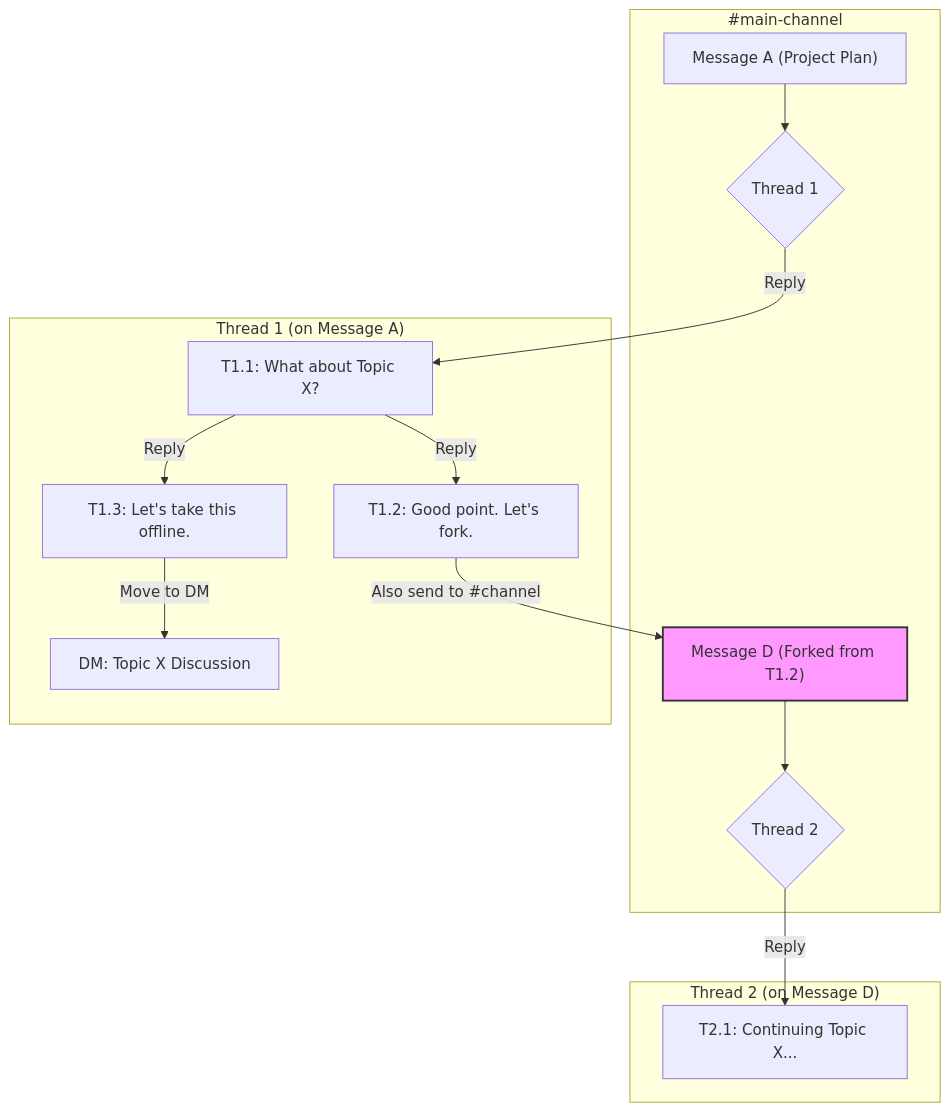
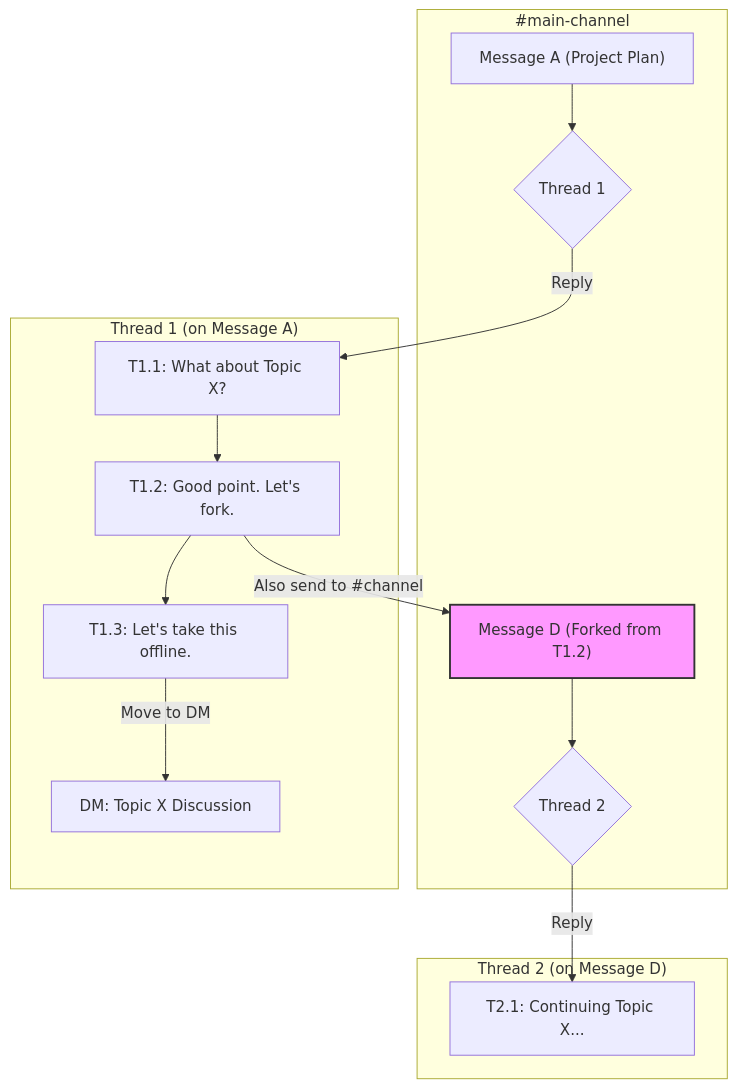
Before and after one commit to kirilligum/kirilligum: the first of 2 diagrams in src/content/blog/threaded-vs-linear-chat-workflows.md, drawn with Mermaid. The commit also changed other lines of this file, not shown here.

Commit message:
docs: Refine chat workflow diagrams and descriptions

````diff
--- a/src/content/blog/threaded-vs-linear-chat-workflows.md
+++ b/src/content/blog/threaded-vs-linear-chat-workflows.md
@@ -55,22 +55,22 @@
 ```mermaid
 graph TD
     subgraph #main-channel
         A["Message A (Project Plan)"] --> B{Thread 1};
         D["Message D (Forked from T1.2)"];
         D --> E{Thread 2};
     end
 
     subgraph "Thread 1 (on Message A)"
         B -- "Reply" --> T1_1["T1.1: What about Topic X?"];
-        T1_1 -- "Reply" --> T1_2["T1.2: Good point. Let's fork."];
+        T1_1 --> T1_2["T1.2: Good point. Let's fork."];
+        T1_2 --> T1_3["T1.3: Let's take this offline."];
         T1_2 -- "Also send to #channel" --> D;
-        T1_1 -- "Reply" --> T1_3["T1.3: Let's take this offline."];
         T1_3 -- "Move to DM" --> G_DM["DM: Topic X Discussion"];
     end
 
     subgraph "Thread 2 (on Message D)"
        E -- "Reply" --> T2_1["T2.1: Continuing Topic X..."];
     end
 
     style D fill:#f9f,stroke:#333,stroke-width:2px
 ```
````
